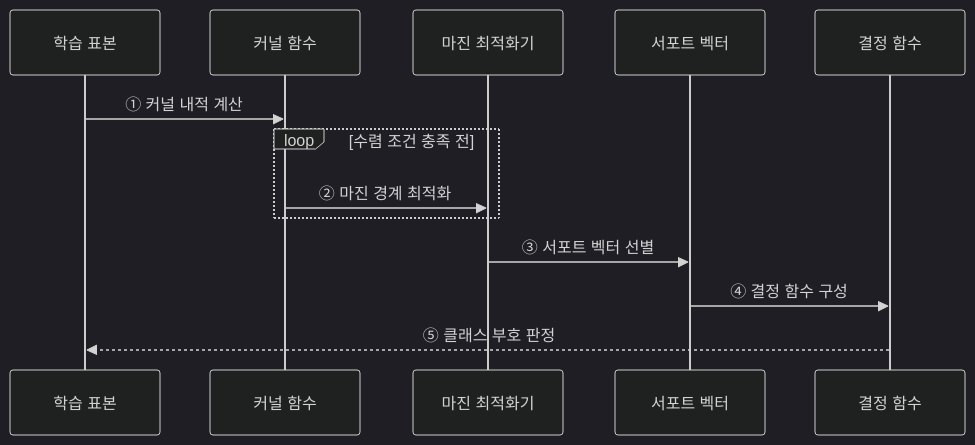
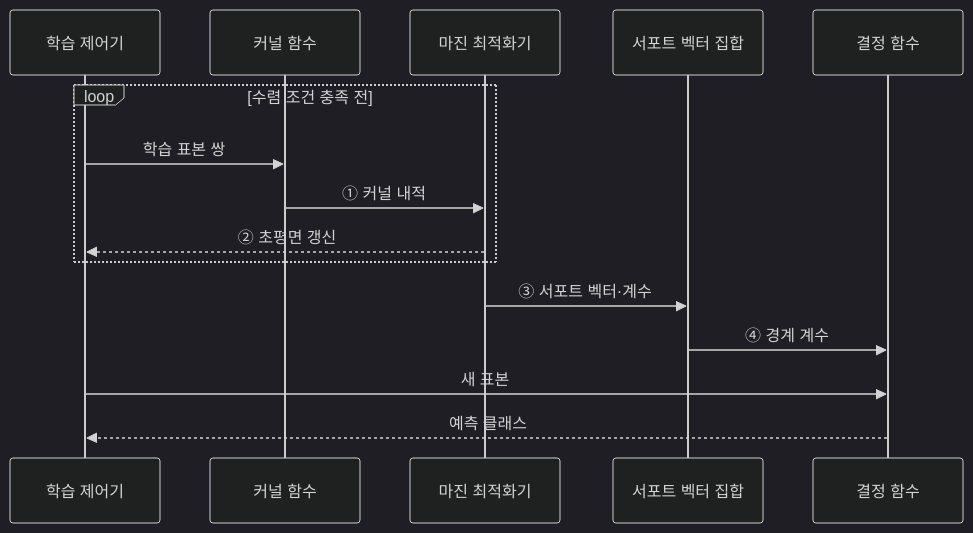
The second of 2 diagrams in src/content/docs/notes/01-basic-theory/050_svm.md (agnusdei1207/knowledge-base), drawn with Mermaid (dark theme) before and after one commit. The commit also changed other lines of this file and 10 other files, not shown here.

````diff
--- a/src/content/docs/notes/01-basic-theory/050_svm.md
+++ b/src/content/docs/notes/01-basic-theory/050_svm.md
@@ -103,15 +84,17 @@
 ```mermaid
 sequenceDiagram
-    participant X as 학습 표본
+    participant T as 학습 제어기
     participant K as 커널 함수
     participant O as 마진 최적화기
-    participant S as 서포트 벡터
+    participant S as 서포트 벡터 집합
     participant F as 결정 함수
-    X->>K: ① 커널 내적 계산
     loop 수렴 조건 충족 전
-        K->>O: ② 마진 경계 최적화
+        T->>K: 학습 표본 쌍
+        K->>O: ① 커널 내적
+        O-->>T: ② 초평면 갱신
     end
-    O->>S: ③ 서포트 벡터 선별
-    S->>F: ④ 결정 함수 구성
-    F-->>X: ⑤ 클래스 부호 판정
+    O->>S: ③ 서포트 벡터·계수
+    S->>F: ④ 경계 계수
+    T->>F: 새 표본
+    F-->>T: 예측 클래스
 ```
````
